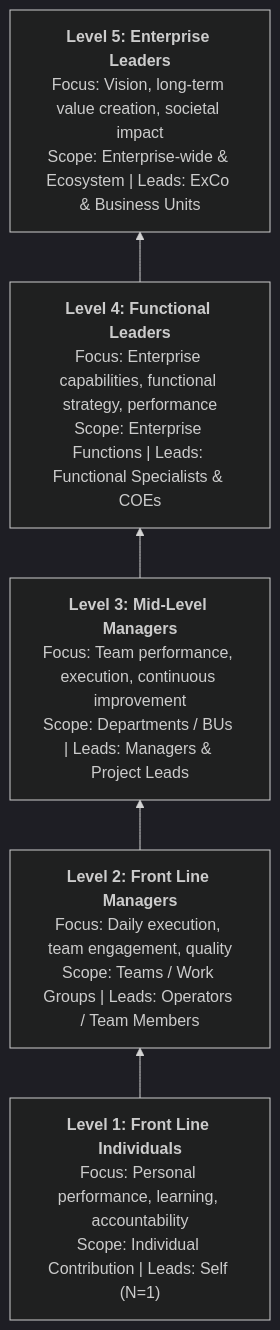
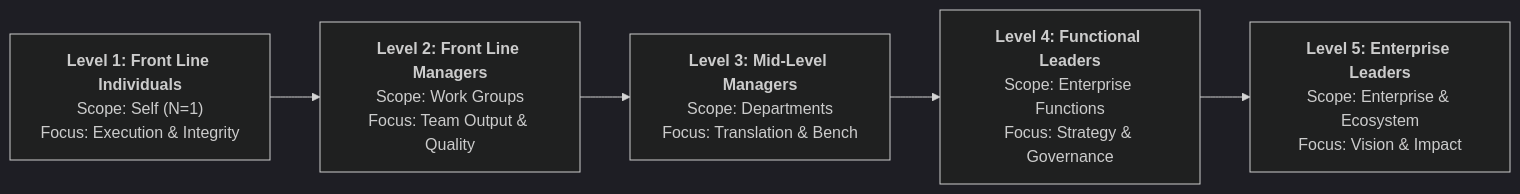
One commit to egxl/MBA changed the second of 5 diagrams in content/rabuan/2026-10-14-ric-roi-impact-career.md. Above: the diagram before and after it, drawn with Mermaid (dark theme). The commit also changed other lines of this file and 317 other files, not shown here.

````diff
--- a/content/rabuan/2026-10-14-ric-roi-impact-career.md
+++ b/content/rabuan/2026-10-14-ric-roi-impact-career.md
@@ -51,10 +50,4 @@
 ```mermaid
-flowchart BT
-    L1["<b>Level 1: Front Line Individuals</b><br>Focus: Personal performance, learning, accountability<br>Scope: Individual Contribution | Leads: Self (N=1)"]
-    L2["<b>Level 2: Front Line Managers</b><br>Focus: Daily execution, team engagement, quality<br>Scope: Teams / Work Groups | Leads: Operators / Team Members"]
-    L3["<b>Level 3: Mid-Level Managers</b><br>Focus: Team performance, execution, continuous improvement<br>Scope: Departments / BUs | Leads: Managers & Project Leads"]
-    L4["<b>Level 4: Functional Leaders</b><br>Focus: Enterprise capabilities, functional strategy, performance<br>Scope: Enterprise Functions | Leads: Functional Specialists & COEs"]
-    L5["<b>Level 5: Enterprise Leaders</b><br>Focus: Vision, long-term value creation, societal impact<br>Scope: Enterprise-wide & Ecosystem | Leads: ExCo & Business Units"]
-
-    L1 --> L2 --> L3 --> L4 --> L5
+flowchart LR
+    L1["<b>Level 1: Front Line Individuals</b><br/>Scope: Self (N=1)<br/>Focus: Execution & Integrity"] --> L2["<b>Level 2: Front Line Managers</b><br/>Scope: Work Groups<br/>Focus: Team Output & Quality"] --> L3["<b>Level 3: Mid-Level Managers</b><br/>Scope: Departments<br/>Focus: Translation & Bench"] --> L4["<b>Level 4: Functional Leaders</b><br/>Scope: Enterprise Functions<br/>Focus: Strategy & Governance"] --> L5["<b>Level 5: Enterprise Leaders</b><br/>Scope: Enterprise & Ecosystem<br/>Focus: Vision & Impact"]
 ```
````
